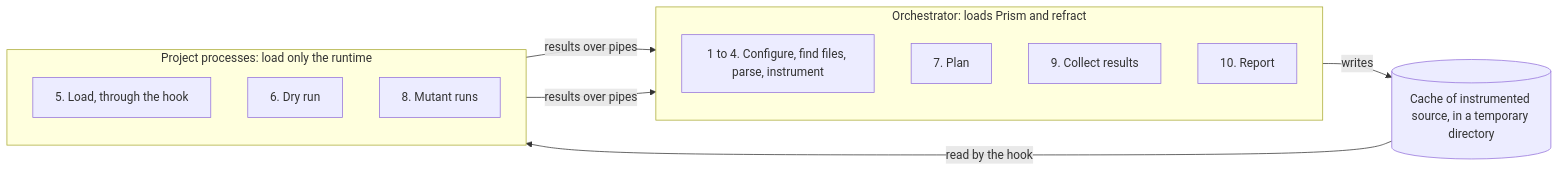
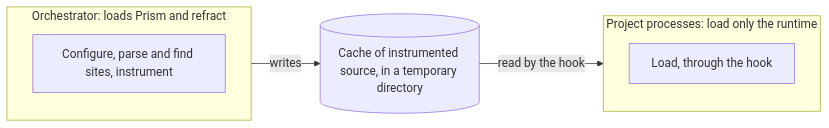
One commit to setdef/stryker_for_ruby changed the second of 3 diagrams in docs/design/architecture.md. Above: the diagram before and after it, drawn with Mermaid. The commit also changed other lines of this file, not shown here.

First line of the commit message:
docs: keep the architecture page to the structure

````diff
--- a/docs/design/architecture.md
+++ b/docs/design/architecture.md
@@ -50,21 +27,14 @@
 ```mermaid
 flowchart LR
   subgraph O["Orchestrator: loads Prism and refract"]
     direction TB
-    S1["1 to 4. Configure, find files, parse, instrument"]
-    S7["7. Plan"]
-    S9["9. Collect results"]
-    S10["10. Report"]
+    S1["Configure, parse and find sites, instrument"]
   end
   CA[("Cache of instrumented source, in a temporary directory")]
   subgraph PP["Project processes: load only the runtime"]
     direction TB
-    S5["5. Load, through the hook"]
-    S6["6. Dry run"]
-    S8["8. Mutant runs"]
+    S5["Load, through the hook"]
   end
   S1 -- writes --> CA
   CA -- read by the hook --> S5
-  S6 -- results over pipes --> S7
-  S8 -- results over pipes --> S9
 ```
````
